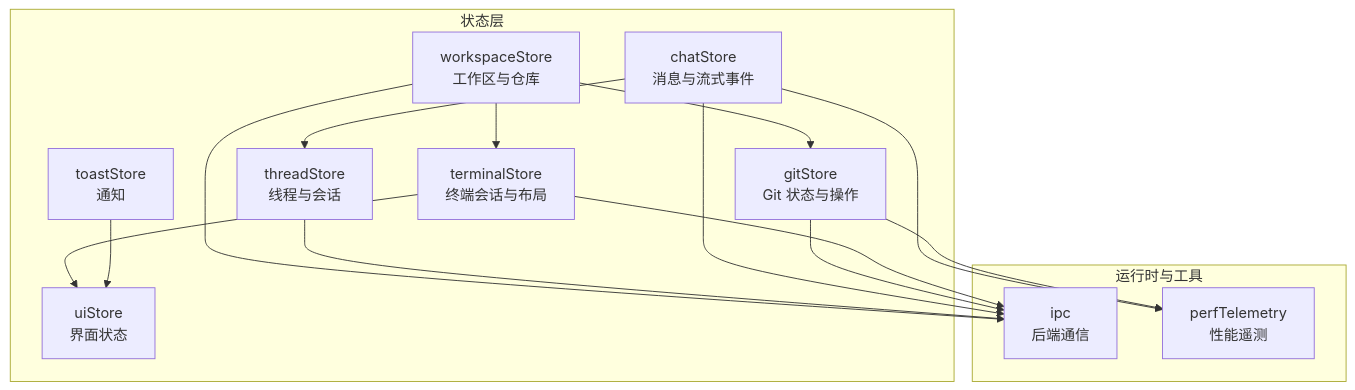
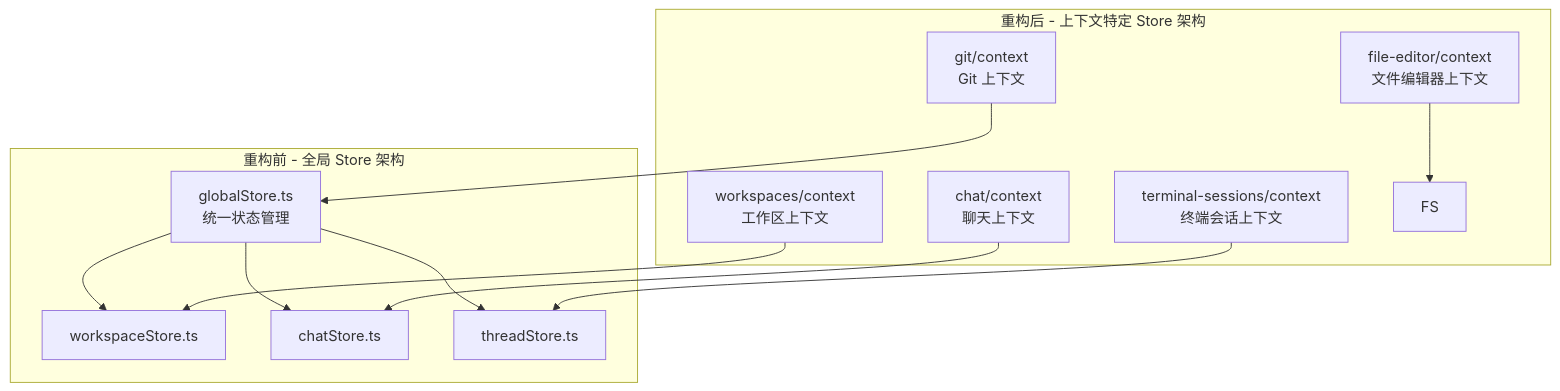
One commit to yattin/panes changed the first of 5 diagrams in .qoder/repowiki/zh/content/架构设计/前端架构/状态管理架构.md. Above: the diagram before and after it, drawn with Mermaid. The commit also changed other lines of this file and 45 other files, not shown here.

````diff
--- a/.qoder/repowiki/zh/content/架构设计/前端架构/状态管理架构.md
+++ b/.qoder/repowiki/zh/content/架构设计/前端架构/状态管理架构.md
@@ -44,28 +40,24 @@
 ```mermaid
 graph TB
-subgraph "状态层"
-WS["workspaceStore<br/>工作区与仓库"]
-TS["threadStore<br/>线程与会话"]
-CS["chatStore<br/>消息与流式事件"]
-GS["gitStore<br/>Git 状态与操作"]
-TE["terminalStore<br/>终端会话与布局"]
-US["uiStore<br/>界面状态"]
-TO["toastStore<br/>通知"]
+subgraph "重构前 - 全局 Store 架构"
+GS["globalStore.ts<br/>统一状态管理"]
+WS["workspaceStore.ts"]
+CS["chatStore.ts"]
+TS["threadStore.ts"]
+GS --> WS
+GS --> CS
+GS --> TS
 end
-subgraph "运行时与工具"
-IPC["ipc<br/>后端通信"]
-PERF["perfTelemetry<br/>性能遥测"]
+subgraph "重构后 - 上下文特定 Store 架构"
+WSC["workspaces/context<br/>工作区上下文"]
+CHC["chat/context<br/>聊天上下文"]
+FEC["file-editor/context<br/>文件编辑器上下文"]
+GSC["git/context<br/>Git 上下文"]
+TSC["terminal-sessions/context<br/>终端会话上下文"]
+WSC --> WS
+CHC --> CS
+FEC --> FS
+GSC --> GS
+TSC --> TS
 end
-WS --> IPC
-TS --> IPC
-CS --> IPC
-GS --> IPC
-TE --> IPC
-CS --> PERF
-GS --> PERF
-WS --> TE
-WS --> GS
-CS --> TS
-TE --> US
-TO --> US
 ```
````
